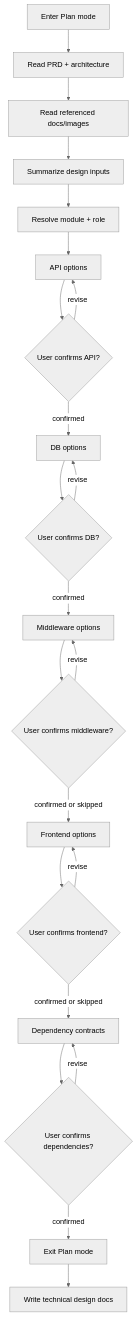
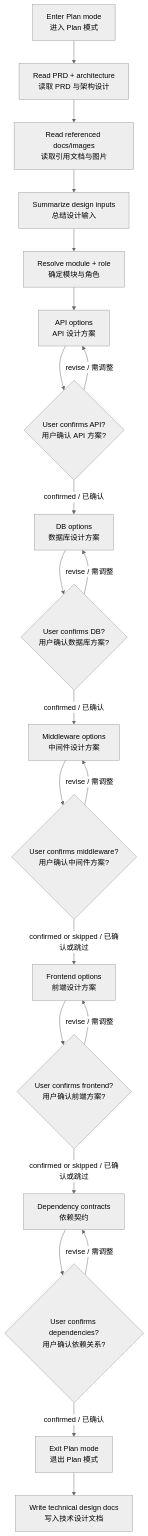
One commit to hisuL/ProjectSkill changed the diagram in technical-design/SKILL.md. Above: the diagram before and after it, drawn with Mermaid (neutral theme). The commit also changed other lines of this file and 1 other file, not shown here.

Commit message:
docs: localize design skills safely

````diff
--- a/technical-design/SKILL.md
+++ b/technical-design/SKILL.md
@@ -65,24 +65,24 @@
 ```mermaid
 flowchart TD
-    A[Enter Plan mode] --> B[Read PRD + architecture]
-    B --> C[Read referenced docs/images]
-    C --> D[Summarize design inputs]
-    D --> E[Resolve module + role]
-    E --> F[API options]
-    F --> G{User confirms API?}
-    G -- revise --> F
-    G -- confirmed --> H[DB options]
-    H --> I{User confirms DB?}
-    I -- revise --> H
-    I -- confirmed --> J[Middleware options]
-    J --> K{User confirms middleware?}
-    K -- revise --> J
-    K -- confirmed or skipped --> L[Frontend options]
-    L --> M{User confirms frontend?}
-    M -- revise --> L
-    M -- confirmed or skipped --> N[Dependency contracts]
-    N --> O{User confirms dependencies?}
-    O -- revise --> N
-    O -- confirmed --> P[Exit Plan mode]
-    P --> Q[Write technical design docs]
+    A[Enter Plan mode<br/>进入 Plan 模式] --> B[Read PRD + architecture<br/>读取 PRD 与架构设计]
+    B --> C[Read referenced docs/images<br/>读取引用文档与图片]
+    C --> D[Summarize design inputs<br/>总结设计输入]
+    D --> E[Resolve module + role<br/>确定模块与角色]
+    E --> F[API options<br/>API 设计方案]
+    F --> G{User confirms API?<br/>用户确认 API 方案?}
+    G -- revise / 需调整 --> F
+    G -- confirmed / 已确认 --> H[DB options<br/>数据库设计方案]
+    H --> I{User confirms DB?<br/>用户确认数据库方案?}
+    I -- revise / 需调整 --> H
+    I -- confirmed / 已确认 --> J[Middleware options<br/>中间件设计方案]
+    J --> K{User confirms middleware?<br/>用户确认中间件方案?}
+    K -- revise / 需调整 --> J
+    K -- confirmed or skipped / 已确认或跳过 --> L[Frontend options<br/>前端设计方案]
+    L --> M{User confirms frontend?<br/>用户确认前端方案?}
+    M -- revise / 需调整 --> L
+    M -- confirmed or skipped / 已确认或跳过 --> N[Dependency contracts<br/>依赖契约]
+    N --> O{User confirms dependencies?<br/>用户确认依赖关系?}
+    O -- revise / 需调整 --> N
+    O -- confirmed / 已确认 --> P[Exit Plan mode<br/>退出 Plan 模式]
+    P --> Q[Write technical design docs<br/>写入技术设计文档]
 ```
````
